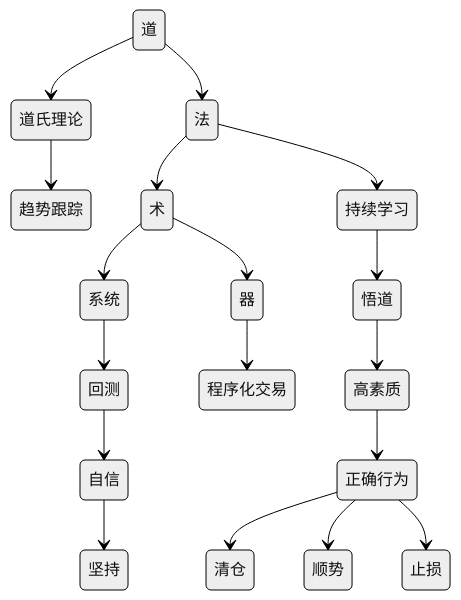
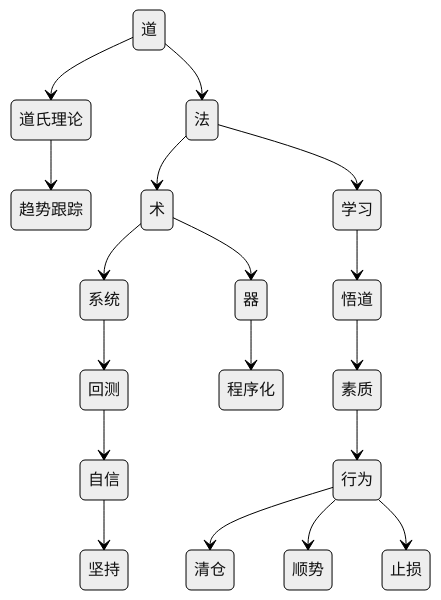
Before and after one commit to bjrobin/note: the diagram in 交易/思考.md, drawn with Mermaid (neutral theme). The commit also changed 16 other files, not shown here.

````diff
--- a/交易/思考.md
+++ b/交易/思考.md
@@ -4,30 +4,30 @@
 ```mermaid
 stateDiagram-v2
 
 道 --> 法
 道 --> 道氏理论
 道氏理论 --> 趋势跟踪
 法 --> 术
-法 --> 持续学习
-持续学习 --> 悟道
-悟道 --> 高素质
-高素质 --> 正确行为
+法 --> 学习
+学习 --> 悟道
+悟道 --> 素质
+素质 --> 行为
 
 术 --> 器
 
-器 --> 程序化交易
+器 --> 程序化
 
 
 
 
 
 
-正确行为 --> 清仓
-正确行为 --> 顺势
-正确行为 --> 止损
+行为 --> 清仓
+行为 --> 顺势
+行为 --> 止损
 
 术 --> 系统
 系统 --> 回测
 回测 --> 自信
 自信 --> 坚持
 ```
````
